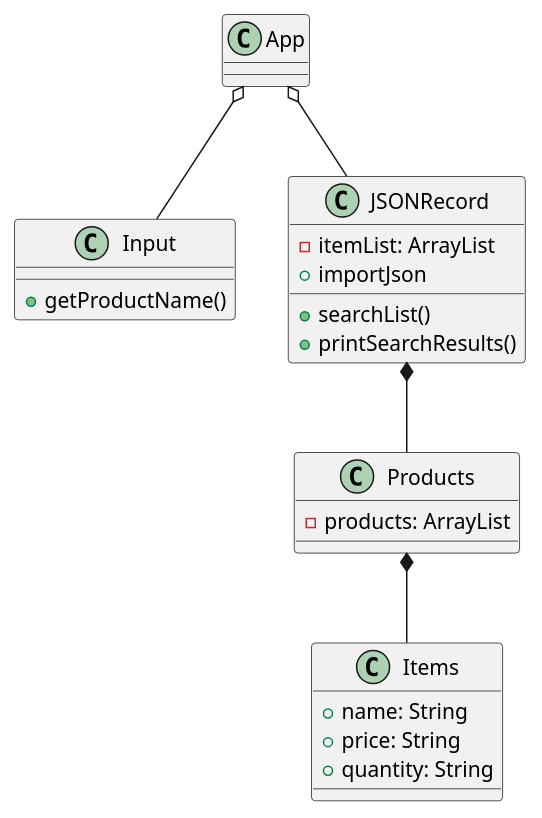
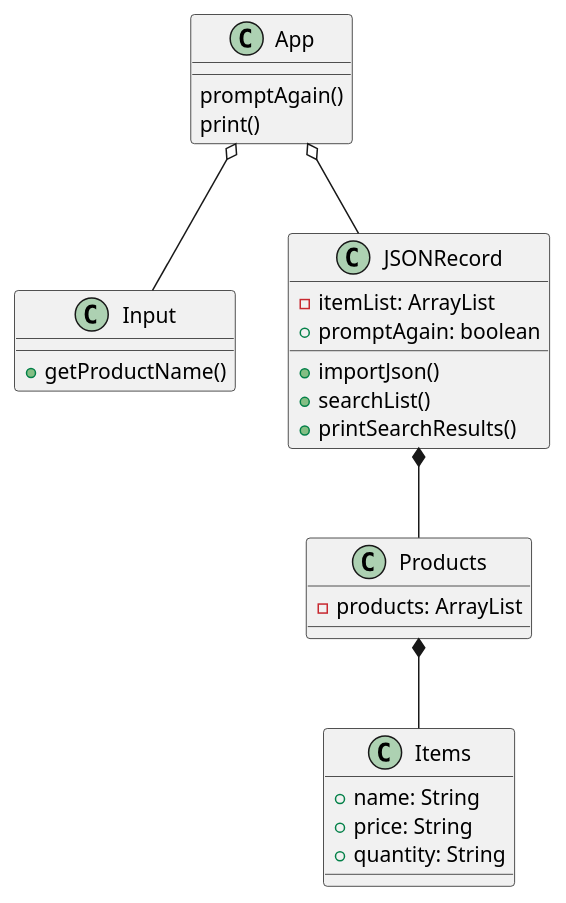
One commit to kingraham228/Ingraham-cop3330-assignment3 changed the diagram in src/main/java/ex44/ProductSearch.puml. Above: the diagram before and after it, drawn with PlantUML. The commit also changed 3 other files, not shown here.

```diff
--- a/src/main/java/ex44/ProductSearch.puml
+++ b/src/main/java/ex44/ProductSearch.puml
@@ -1,32 +1,35 @@
 @startuml
 class App{
+promptAgain()
+print()
 }
 
 class Input{
 +getProductName()
 }
 
 class Products{
 -products: ArrayList
 
 }
 
 class Items{
 +name: String
 +price: String
 +quantity: String
 }
 
 class JSONRecord{
 -itemList: ArrayList
-+importJson
++promptAgain: boolean
++importJson()
 +searchList()
 +printSearchResults()
 }
 
 App o-- Input
 App o-- JSONRecord
 JSONRecord *-- Products
 Products *-- Items
 
 @enduml
```
